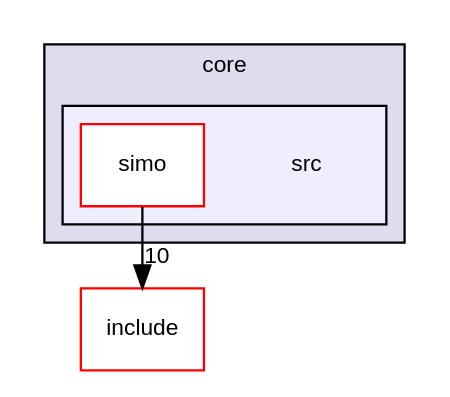
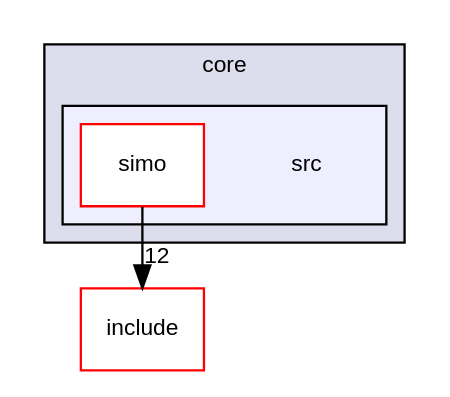
Before and after one commit to Germanvelardez2018/simo.v2: the diagram in docs/dir_90fd98a0ba30abf7a6068a44995d2d6b_dep.dot, drawn with Graphviz. The commit also changed 175 other files, not shown here.

```diff
--- a/docs/dir_90fd98a0ba30abf7a6068a44995d2d6b_dep.dot
+++ b/docs/dir_90fd98a0ba30abf7a6068a44995d2d6b_dep.dot
@@ -1,15 +1,15 @@
 digraph "core/src" {
   compound=true
   node [ fontsize="10", fontname="Helvetica"];
   edge [ labelfontsize="10", labelfontname="Helvetica"];
   subgraph clusterdir_4270bfced15e0e73154b13468c7c9ad9 {
     graph [ bgcolor="#ddddee", pencolor="black", label="core" fontname="Helvetica", fontsize="10", URL="dir_4270bfced15e0e73154b13468c7c9ad9.html"]
   subgraph clusterdir_90fd98a0ba30abf7a6068a44995d2d6b {
     graph [ bgcolor="#eeeeff", pencolor="black", label="" URL="dir_90fd98a0ba30abf7a6068a44995d2d6b.html"];
     dir_90fd98a0ba30abf7a6068a44995d2d6b [shape=plaintext label="src"];
     dir_c4acac0979fb7e09bcb67a660e699ac3 [shape=box label="simo" color="red" fillcolor="white" style="filled" URL="dir_c4acac0979fb7e09bcb67a660e699ac3.html"];
   }
   }
   dir_24d671cfcbc5d5238a6bd565a49d198f [shape=box label="include" fillcolor="white" style="filled" color="red" URL="dir_24d671cfcbc5d5238a6bd565a49d198f.html"];
-  dir_c4acac0979fb7e09bcb67a660e699ac3->dir_24d671cfcbc5d5238a6bd565a49d198f [headlabel="10", labeldistance=1.5 headhref="dir_000007_000001.html"];
+  dir_c4acac0979fb7e09bcb67a660e699ac3->dir_24d671cfcbc5d5238a6bd565a49d198f [headlabel="12", labeldistance=1.5 headhref="dir_000009_000001.html"];
 }
```
